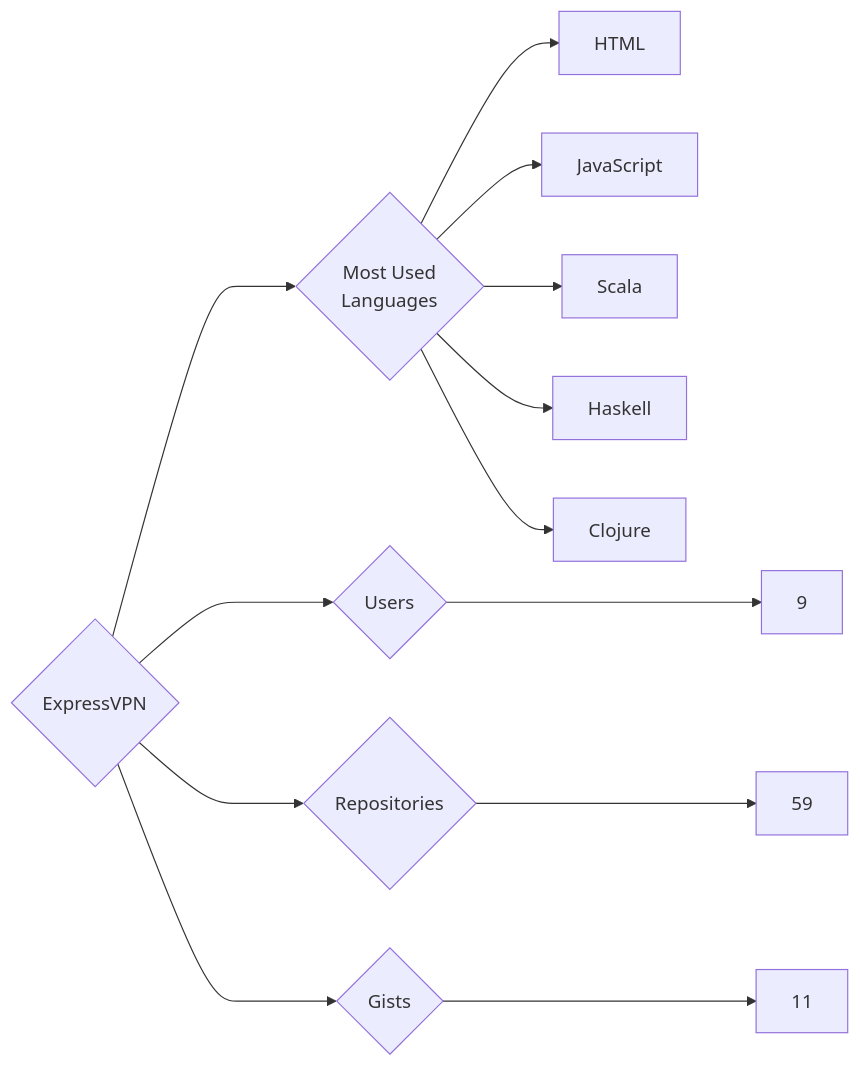
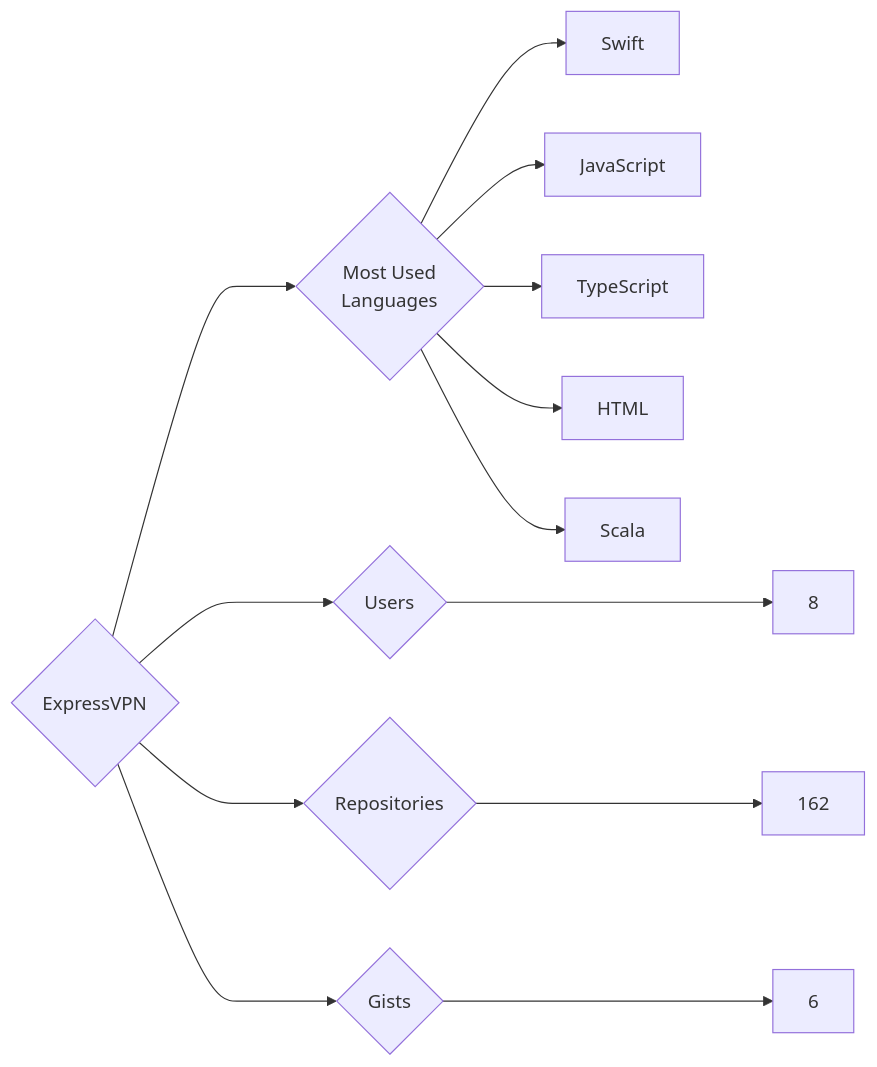
Before and after one commit to trickest/insiders: the diagram in targets/ExpressVPN/README.md, drawn with Mermaid. The commit also changed 840 other files, not shown here.

````diff
--- a/targets/ExpressVPN/README.md
+++ b/targets/ExpressVPN/README.md
@@ -3,13 +3,13 @@
 ```mermaid
 graph LR
 COMPANY_NAME{ExpressVPN}
-COMPANY_NAME ---> U{Users} ---> UN[9]
-COMPANY_NAME ---> R{Repositories} ---> RN[59]
-COMPANY_NAME ---> G{Gists} ---> GN[11]
+COMPANY_NAME ---> U{Users} ---> UN[8]
+COMPANY_NAME ---> R{Repositories} ---> RN[162]
+COMPANY_NAME ---> G{Gists} ---> GN[6]
 COMPANY_NAME ---> ML{Most Used<br>Languages}
+ML --> Swift[Swift]
+ML --> JavaScript[JavaScript]
+ML --> TypeScript[TypeScript]
 ML --> HTML[HTML]
-ML --> JavaScript[JavaScript]
 ML --> Scala[Scala]
-ML --> Haskell[Haskell]
-ML --> Clojure[Clojure]
 ```
````
